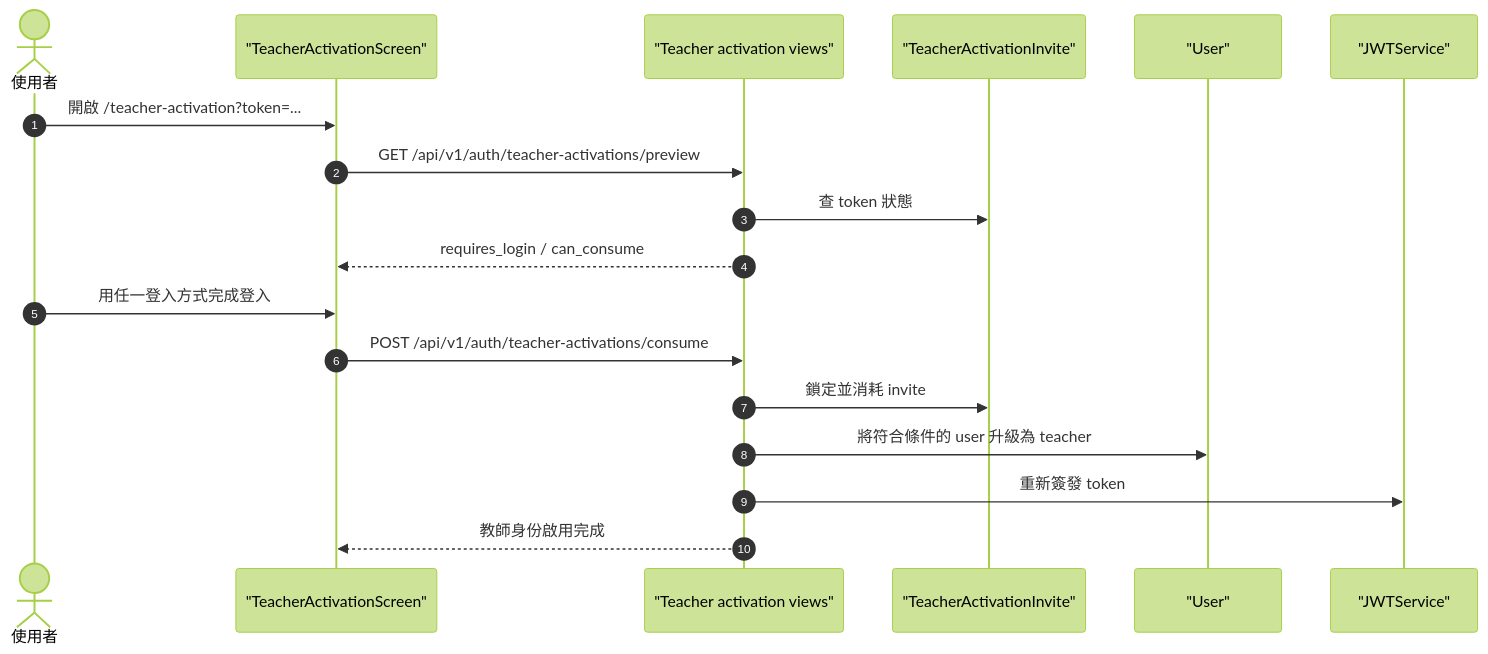
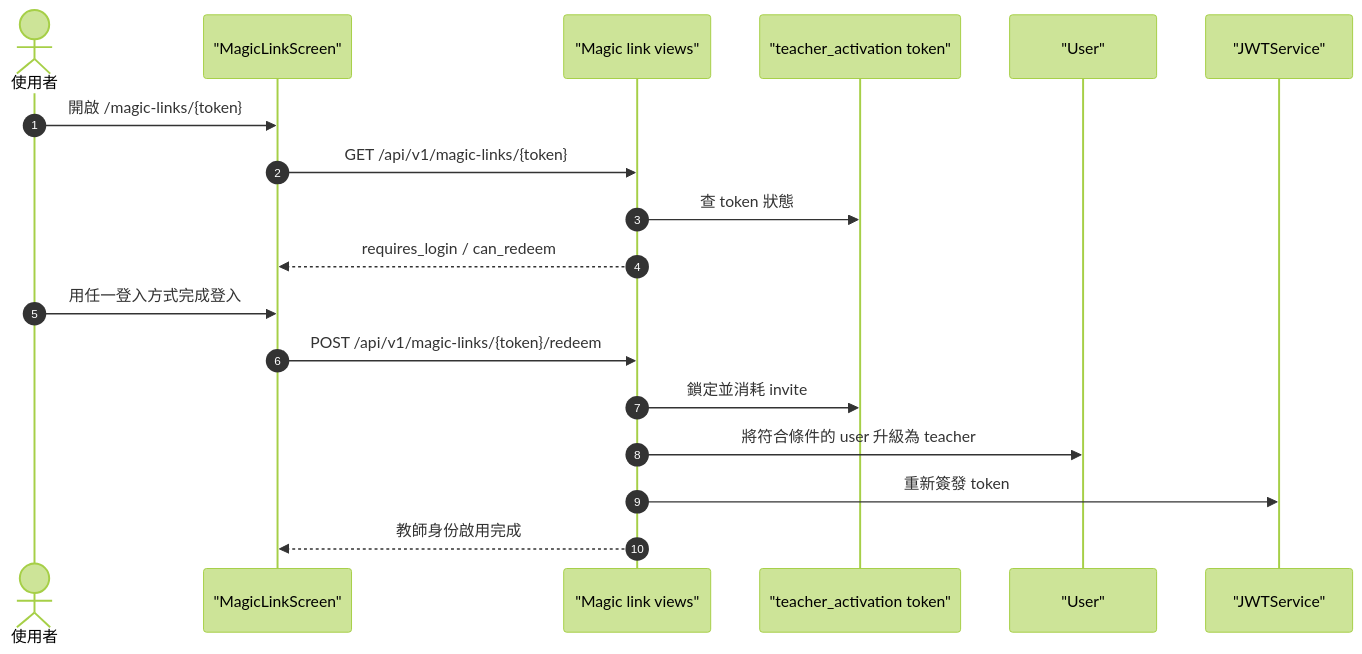
The sixth of 6 diagrams in frontend/public/docs/zh-TW/identity-auth-extension.md (quan0715/QJudge), drawn with Mermaid (forest theme) before and after one commit. The commit also changed other lines of this file and 176 other files, not shown here.

First line of the commit message:
feat: consolidate auth APIs and magic links

````diff
--- a/frontend/public/docs/zh-TW/identity-auth-extension.md
+++ b/frontend/public/docs/zh-TW/identity-auth-extension.md
@@ -513,21 +520,21 @@
 ```mermaid
 sequenceDiagram
     autonumber
     actor U as 使用者
-    participant FE as "TeacherActivationScreen"
-    participant API as "Teacher activation views"
-    participant Invite as "TeacherActivationInvite"
+    participant FE as "MagicLinkScreen"
+    participant API as "Magic link views"
+    participant Invite as "teacher_activation token"
     participant DB as "User"
     participant JWT as "JWTService"
 
-    U->>FE: 開啟 /teacher-activation?token=...
-    FE->>API: GET /api/v1/auth/teacher-activations/preview
+    U->>FE: 開啟 /magic-links/{token}
+    FE->>API: GET /api/v1/magic-links/{token}
     API->>Invite: 查 token 狀態
-    API-->>FE: requires_login / can_consume
+    API-->>FE: requires_login / can_redeem
     U->>FE: 用任一登入方式完成登入
-    FE->>API: POST /api/v1/auth/teacher-activations/consume
+    FE->>API: POST /api/v1/magic-links/{token}/redeem
     API->>Invite: 鎖定並消耗 invite
     API->>DB: 將符合條件的 user 升級為 teacher
     API->>JWT: 重新簽發 token
     API-->>FE: 教師身份啟用完成
 ```
````
